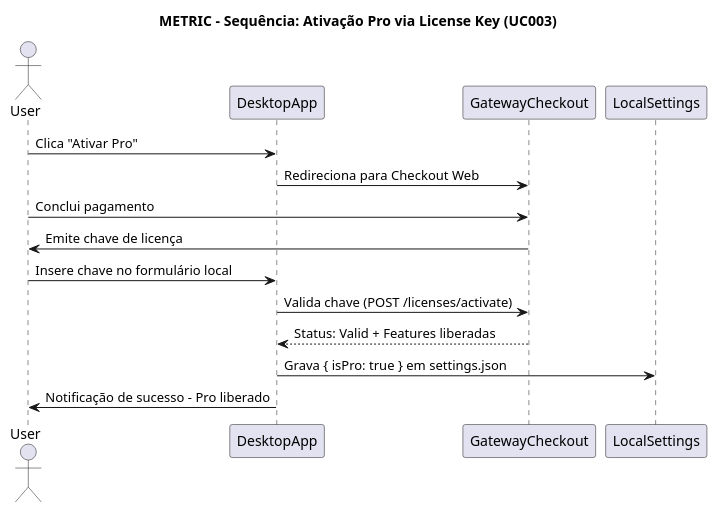
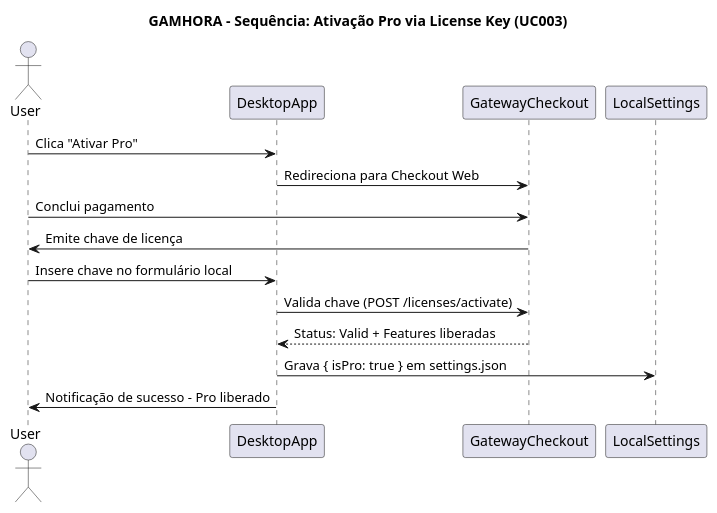
One commit to Gustavohps10/gamhora changed the diagram in docs/srs/diagrams/puml/uml/diagram-uml-004-sequence-payment.puml. Above: the diagram before and after it, drawn with PlantUML. The commit also changed 323 other files, not shown here.

Commit message:
feat(core): rebrand from Metric to Gamhora, setup typecheck pipeline and strict typings

```diff
--- a/docs/srs/diagrams/puml/uml/diagram-uml-004-sequence-payment.puml
+++ b/docs/srs/diagrams/puml/uml/diagram-uml-004-sequence-payment.puml
@@ -1,18 +1,18 @@
 @startuml SequencePayment
-title METRIC - Sequência: Ativação Pro via License Key (UC003)
+title GAMHORA - Sequência: Ativação Pro via License Key (UC003)
 actor User
 participant DesktopApp
 participant GatewayCheckout
 participant LocalSettings
 
 User -> DesktopApp: Clica "Ativar Pro"
 DesktopApp -> GatewayCheckout: Redireciona para Checkout Web
 User -> GatewayCheckout: Conclui pagamento
 GatewayCheckout -> User: Emite chave de licença
 
 User -> DesktopApp: Insere chave no formulário local
 DesktopApp -> GatewayCheckout: Valida chave (POST /licenses/activate)
 GatewayCheckout --> DesktopApp: Status: Valid + Features liberadas
 DesktopApp -> LocalSettings: Grava { isPro: true } em settings.json
 DesktopApp -> User: Notificação de sucesso - Pro liberado
 @enduml
```
